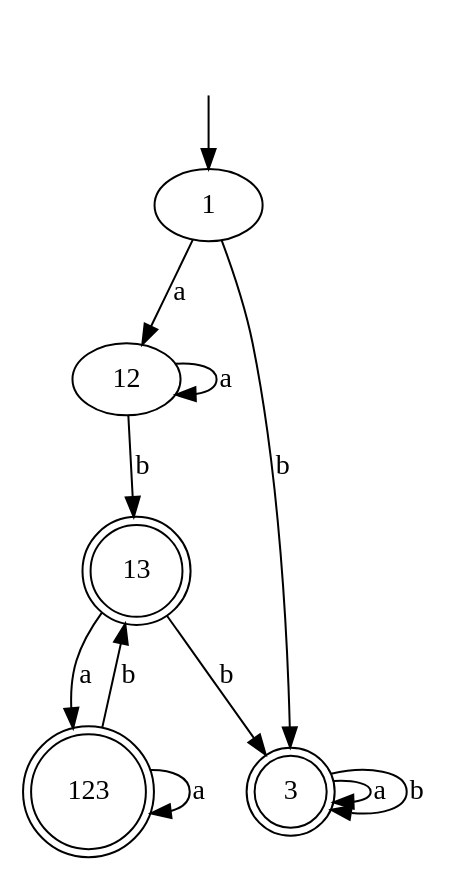
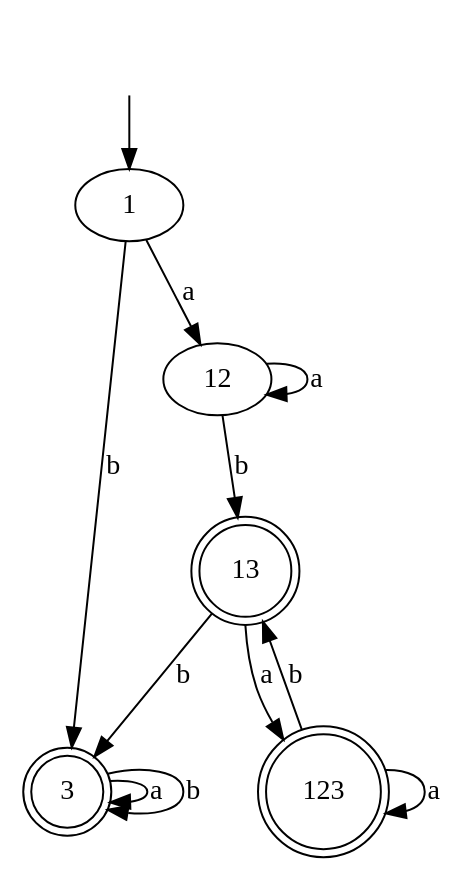
The diagram in files/dependency_graphs/deterministic finite state machine.gv (PyAlexOs/TheoryFormalLanguages), drawn with Graphviz before and after one commit. The commit also changed other lines of this file and 6 other files, not shown here.

```diff
--- a/files/dependency_graphs/deterministic finite state machine.gv
+++ b/files/dependency_graphs/deterministic finite state machine.gv
@@ -1,22 +1,22 @@
 digraph "deterministic finite state machine" {
-	13 [shape=doublecircle]
-	12 -> 13 [label=b]
 	3 [shape=doublecircle]
 	3 -> 3 [label=a]
 	123 [shape=doublecircle]
+	123 -> 123 [label=a]
+	3 [shape=doublecircle]
+	13 -> 3 [label=b]
+	" " [shape=plaintext]
+	" " -> 1
+	1 -> 12 [label=a]
+	3 [shape=doublecircle]
+	3 -> 3 [label=b]
+	123 [shape=doublecircle]
 	13 -> 123 [label=a]
+	12 -> 12 [label=a]
+	3 [shape=doublecircle]
+	1 -> 3 [label=b]
+	13 [shape=doublecircle]
+	12 -> 13 [label=b]
 	13 [shape=doublecircle]
 	123 -> 13 [label=b]
-	3 [shape=doublecircle]
-	3 -> 3 [label=b]
-	3 [shape=doublecircle]
-	13 -> 3 [label=b]
-	123 [shape=doublecircle]
-	123 -> 123 [label=a]
-	" " [shape=plaintext]
-	" " -> 1
-	3 [shape=doublecircle]
-	1 -> 3 [label=b]
-	1 -> 12 [label=a]
-	12 -> 12 [label=a]
 }
```
